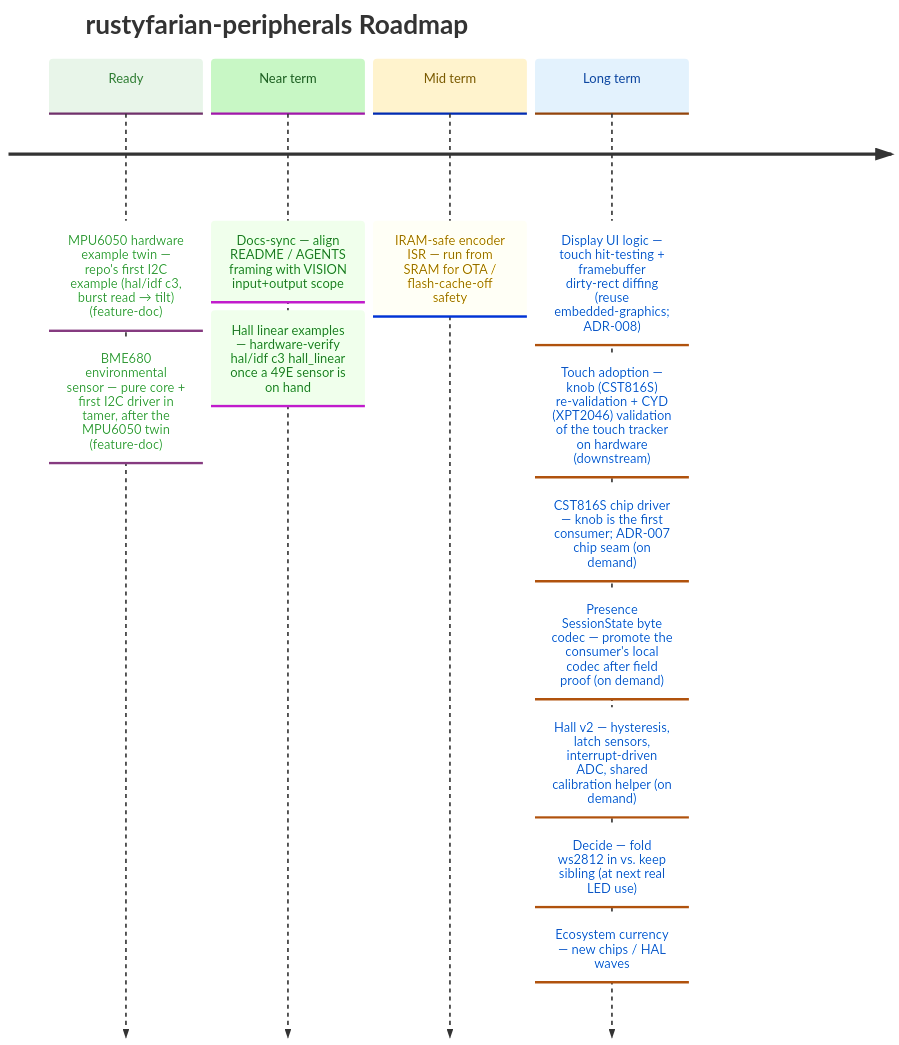
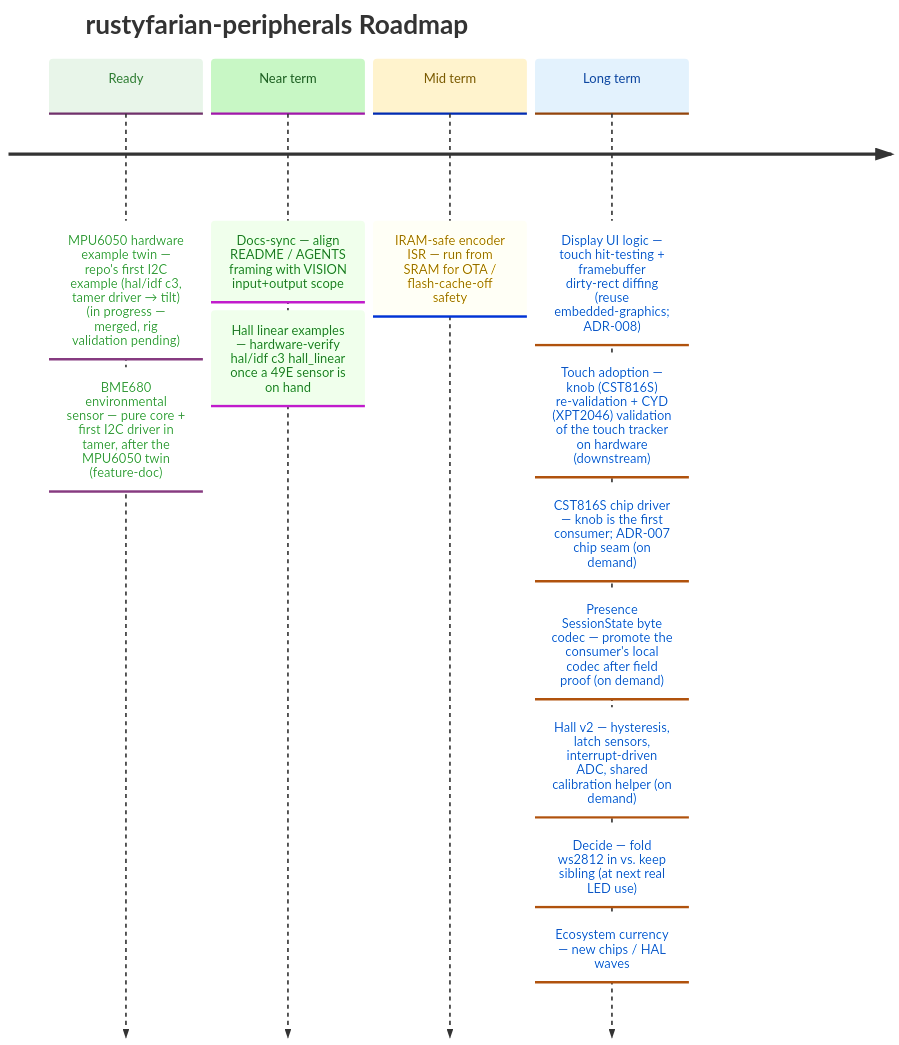
One commit to datenkollektiv/rustyfarian-peripherals changed the diagram in docs/ROADMAP.md. Above: the diagram before and after it, drawn with Mermaid. The commit also changed other lines of this file and 4 other files, not shown here.

Commit message:
Record MPU6050 hal twin rig validation

````diff
--- a/docs/ROADMAP.md
+++ b/docs/ROADMAP.md
@@ -10,34 +10,34 @@
 ```mermaid
 %%{init: {
   "theme": "base",
   "themeVariables": {
     "cScale0": "#e8f5e9",
     "cScaleLabel0": "#2e7d32",
     "cScale1": "#c8f7c5",
     "cScaleLabel1": "#1b5e20",
     "cScale2": "#fff3cd",
     "cScaleLabel2": "#7a5a00",
     "cScale3": "#e3f2fd",
     "cScaleLabel3": "#0d47a1"
   }
 }}%%
 
 timeline
     title rustyfarian-peripherals Roadmap
 
-    Ready     : MPU6050 hardware example twin — repo's first I2C example (hal/idf c3, burst read → tilt) (feature-doc)
+    Ready     : MPU6050 hardware example twin — repo's first I2C example (hal/idf c3, tamer driver → tilt) (in progress — merged, rig validation pending)
               : BME680 environmental sensor — pure core + first I2C driver in tamer, after the MPU6050 twin (feature-doc)
 
     Near term : Docs-sync — align README / AGENTS framing with VISION input+output scope
               : Hall linear examples — hardware-verify hal/idf c3 hall_linear once a 49E sensor is on hand
 
     Mid term  : IRAM-safe encoder ISR — run from SRAM for OTA / flash-cache-off safety
 
     Long term : Display UI logic — touch hit-testing + framebuffer dirty-rect diffing (reuse embedded-graphics; ADR-008)
               : Touch adoption — knob (CST816S) re-validation + CYD (XPT2046) validation of the touch tracker on hardware (downstream)
               : CST816S chip driver — knob is the first consumer; ADR-007 chip seam (on demand)
               : Presence SessionState byte codec — promote the consumer's local codec after field proof (on demand)
               : Hall v2 — hysteresis, latch sensors, interrupt-driven ADC, shared calibration helper (on demand)
               : Decide — fold ws2812 in vs. keep sibling (at next real LED use)
               : Ecosystem currency — new chips / HAL waves
 ```
````
